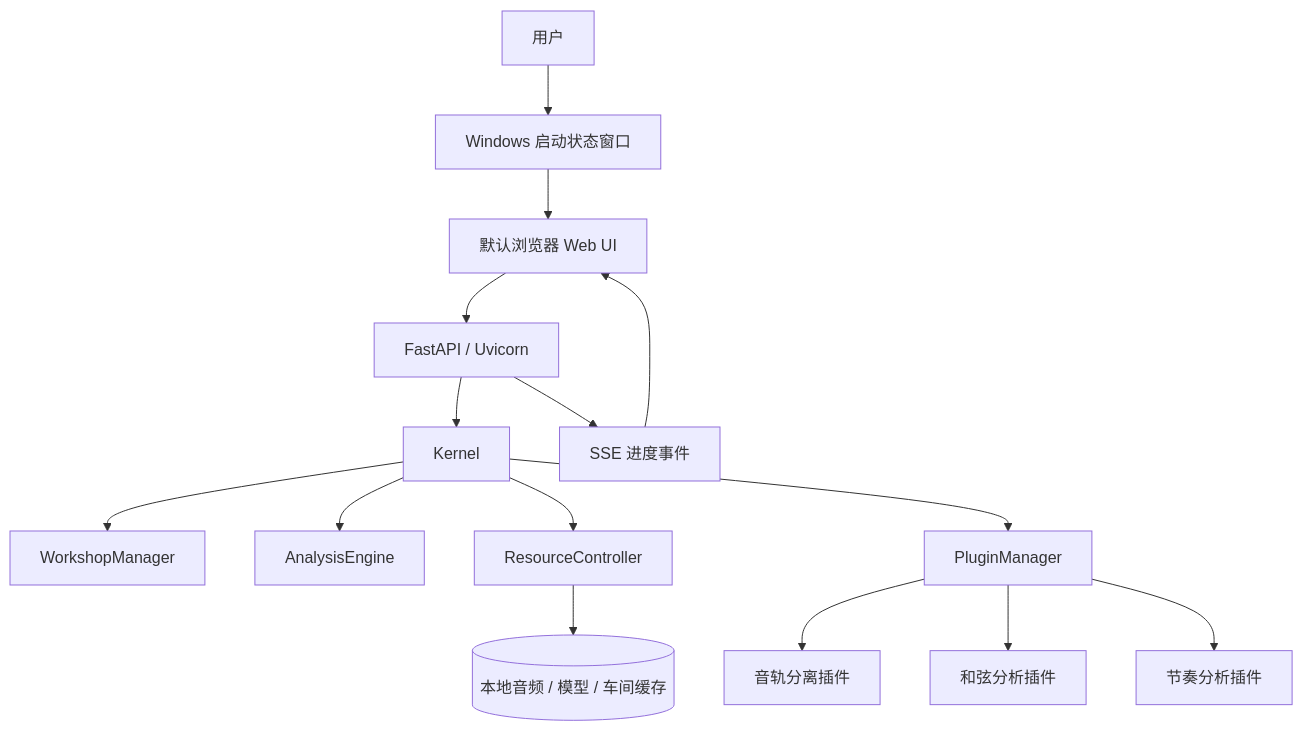
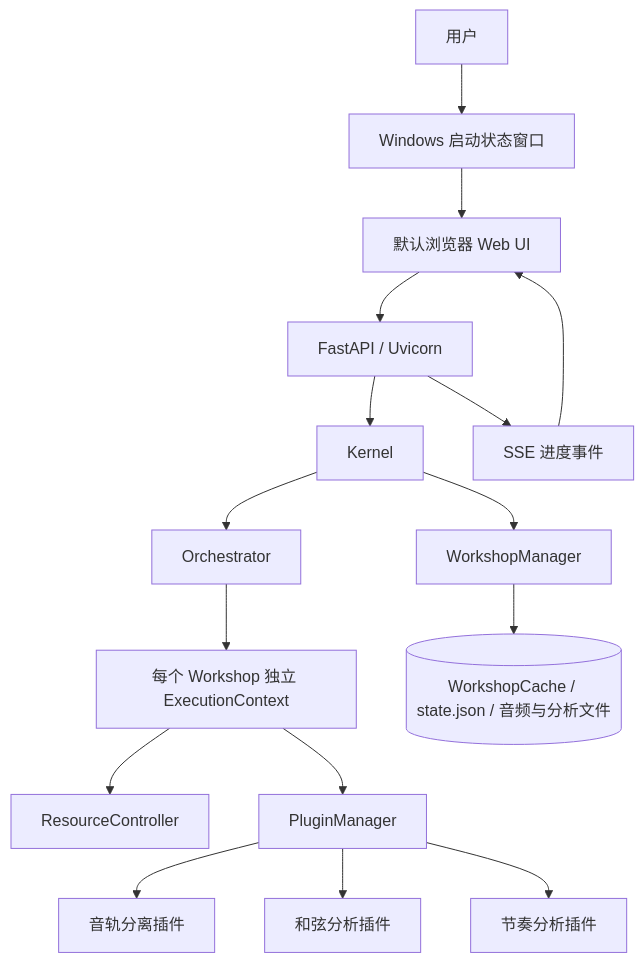
One commit to GotoMiyuki/TABsucks changed the diagram in README.md. Above: the diagram before and after it, drawn with Mermaid. The commit also changed other lines of this file and 71 other files, not shown here.

First line of the commit message:
fix(core): complete P1/P2 runtime and architecture fixes

````diff
--- a/README.md
+++ b/README.md
@@ -183,17 +184,18 @@
 ```mermaid
 flowchart TD
     U[用户] --> W[Windows 启动状态窗口]
     W --> B[默认浏览器 Web UI]
     B --> API[FastAPI / Uvicorn]
     API --> K[Kernel]
     K --> WM[WorkshopManager]
-    K --> AE[AnalysisEngine]
-    K --> RC[ResourceController]
-    K --> PM[PluginManager]
+    K --> O[Orchestrator]
+    O --> EC[每个 Workshop 独立 ExecutionContext]
+    EC --> RC[ResourceController]
+    EC --> PM[PluginManager]
     PM --> SEP[音轨分离插件]
     PM --> CH[和弦分析插件]
     PM --> RH[节奏分析插件]
-    RC --> FS[(本地音频 / 模型 / 车间缓存)]
+    WM --> FS[(WorkshopCache / state.json / 音频与分析文件)]
     API --> SSE[SSE 进度事件]
     SSE --> B
 ```
````
